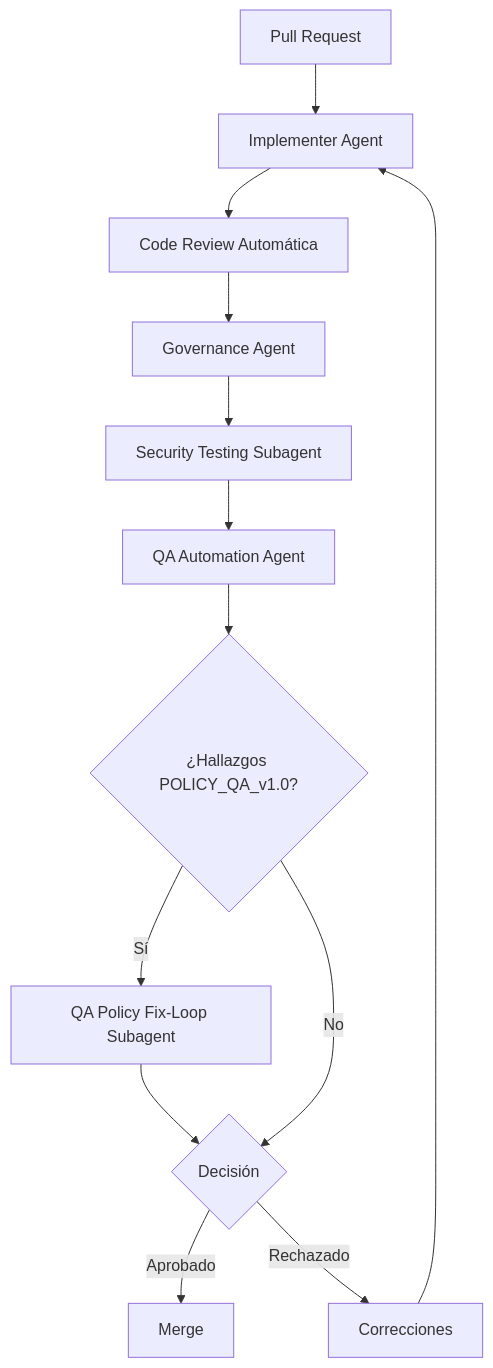
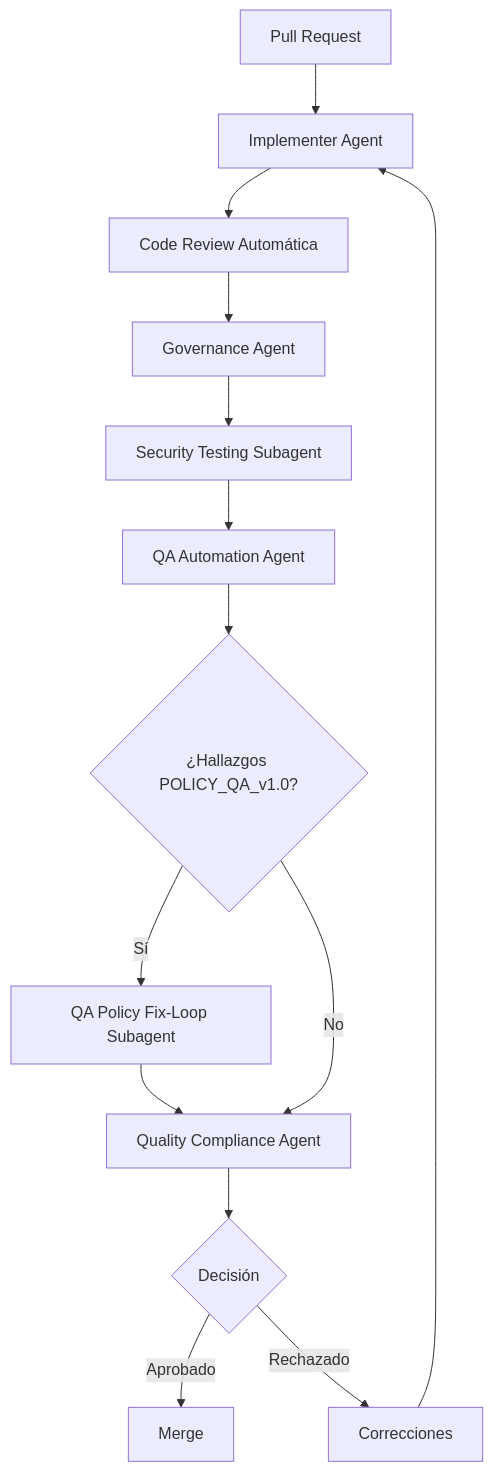
One commit to apb-dmartin/APB-IA-FRAMEWORK changed the diagram in workflows/apb-wf-code-review-v1.0.md. Above: the diagram before and after it, drawn with Mermaid. The commit also changed other lines of this file and 2 other files, not shown here.

First line of the commit message:
feat(qa): agente corrector de QA con informe HTML + Jira, integrado en code-review; input de doc funcional en Compliance Audit

````diff
--- a/workflows/apb-wf-code-review-v1.0.md
+++ b/workflows/apb-wf-code-review-v1.0.md
@@ -35,15 +36,16 @@
 ```mermaid
 graph TD
     A[Pull Request] --> B[Implementer Agent]
     B --> C[Code Review Automática]
     C --> D[Governance Agent]
     D --> E[Security Testing Subagent]
     E --> F[QA Automation Agent]
     F --> P{¿Hallazgos POLICY_QA_v1.0?}
     P -->|Sí| Q[QA Policy Fix-Loop Subagent]
-    Q --> G
-    P -->|No| G{Decisión}
+    Q --> R
+    P -->|No| R[Quality Compliance Agent]
+    R --> G{Decisión}
     G -->|Aprobado| H[Merge]
     G -->|Rechazado| I[Correcciones]
     I --> B
 ```
````
